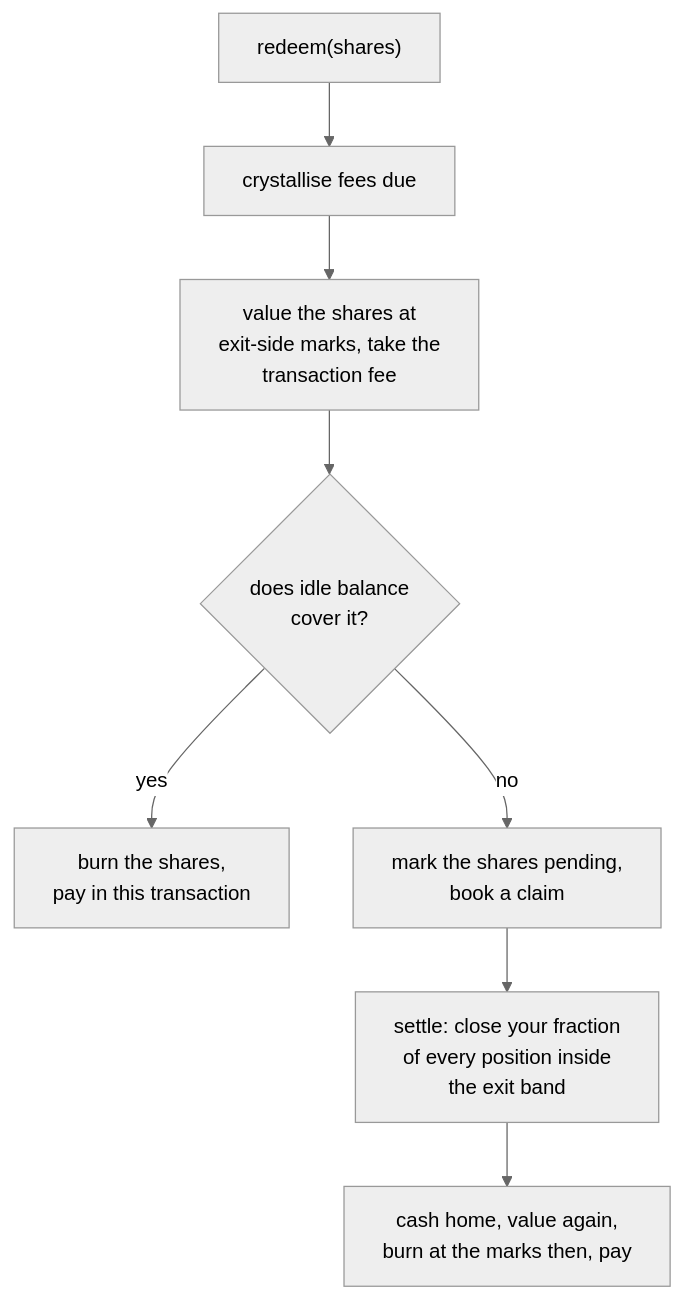
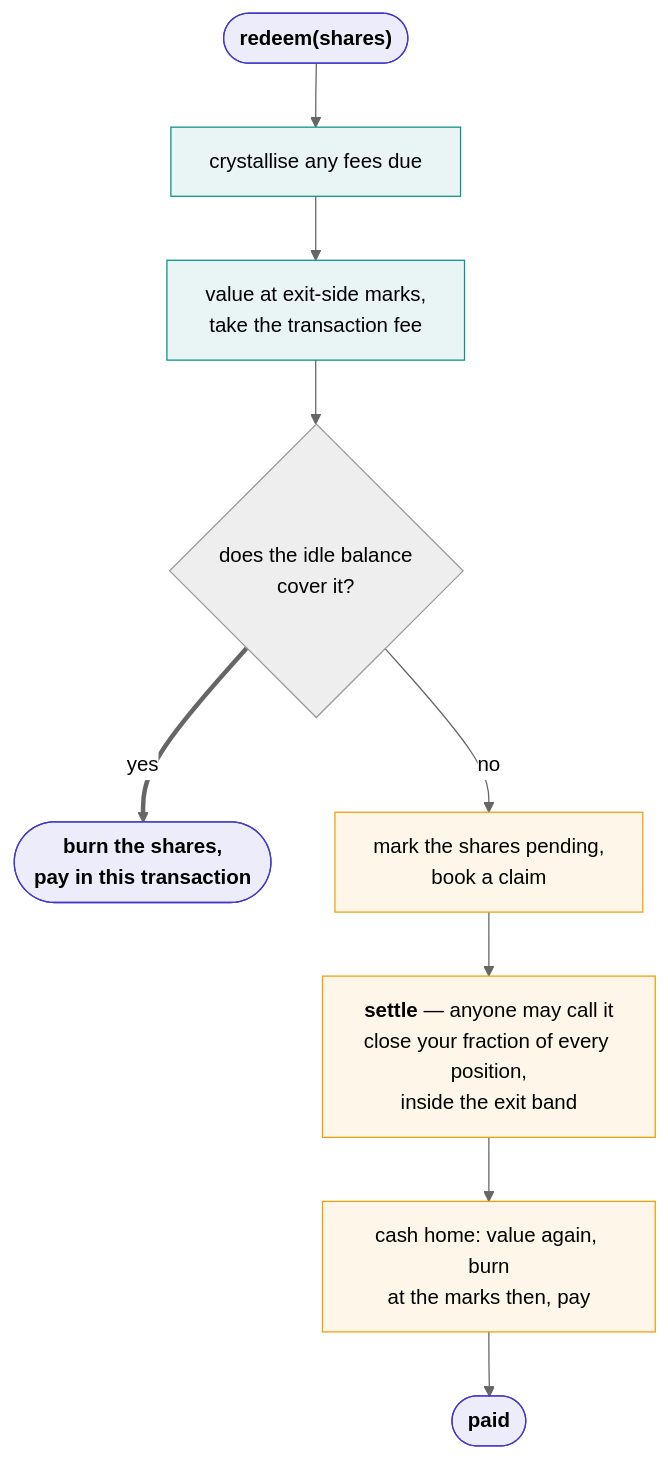
The diagram in docs/content/how-it-works/vaults.md (ShoninFi/shonin-platform), drawn with Mermaid (neutral theme) before and after one commit. The commit also changed other lines of this file and 7 other files, not shown here.

````diff
--- a/docs/content/how-it-works/vaults.md
+++ b/docs/content/how-it-works/vaults.md
@@ -25,10 +25,18 @@
 ```mermaid
 flowchart TB
-    R["redeem(shares)"] --> C["crystallise fees due"]
-    C --> V["value the shares at<br/>exit-side marks, take the<br/>transaction fee"]
-    V --> Q{"does idle balance<br/>cover it?"}
-    Q -->|yes| P["burn the shares,<br/>pay in this transaction"]
+    R(["redeem(shares)"]) --> C["crystallise any fees due"]
+    C --> V["value at exit-side marks,<br/>take the transaction fee"]
+    V --> Q{"does the idle balance<br/>cover it?"}
+    Q ==>|yes| P(["burn the shares,<br/>pay in this transaction"])
     Q -->|no| B["mark the shares pending,<br/>book a claim"]
-    B --> S["settle: close your fraction<br/>of every position inside<br/>the exit band"]
-    S --> H["cash home, value again,<br/>burn at the marks then, pay"]
+    B --> S["<b>settle</b> — anyone may call it<br/>close your fraction of every position,<br/>inside the exit band"]
+    S --> H["cash home: value again, burn<br/>at the marks then, pay"]
+    H --> P2(["paid"])
+
+    classDef fast fill:#0d948818,stroke:#0d9488,color:inherit
+    classDef slow fill:#f59e0b18,stroke:#f59e0b,color:inherit
+    classDef ends fill:#4338ca18,stroke:#4338ca,color:inherit,font-weight:bold
+    class C,V fast
+    class B,S,H slow
+    class R,P,P2 ends
 ```
````
